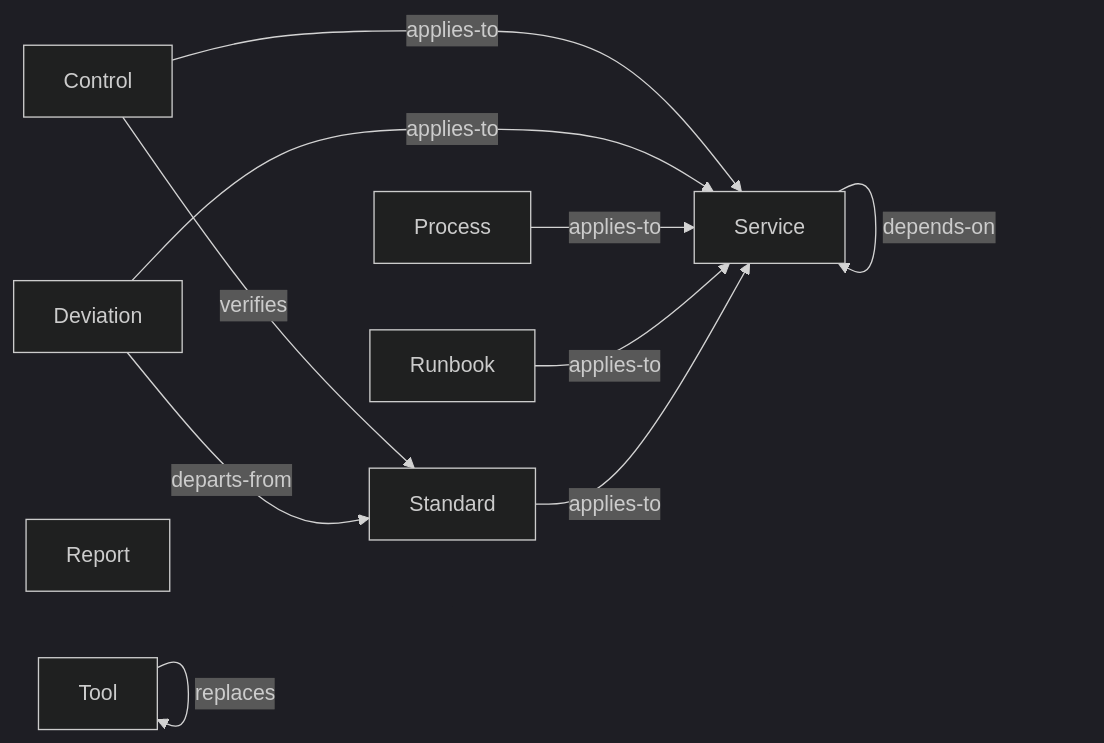
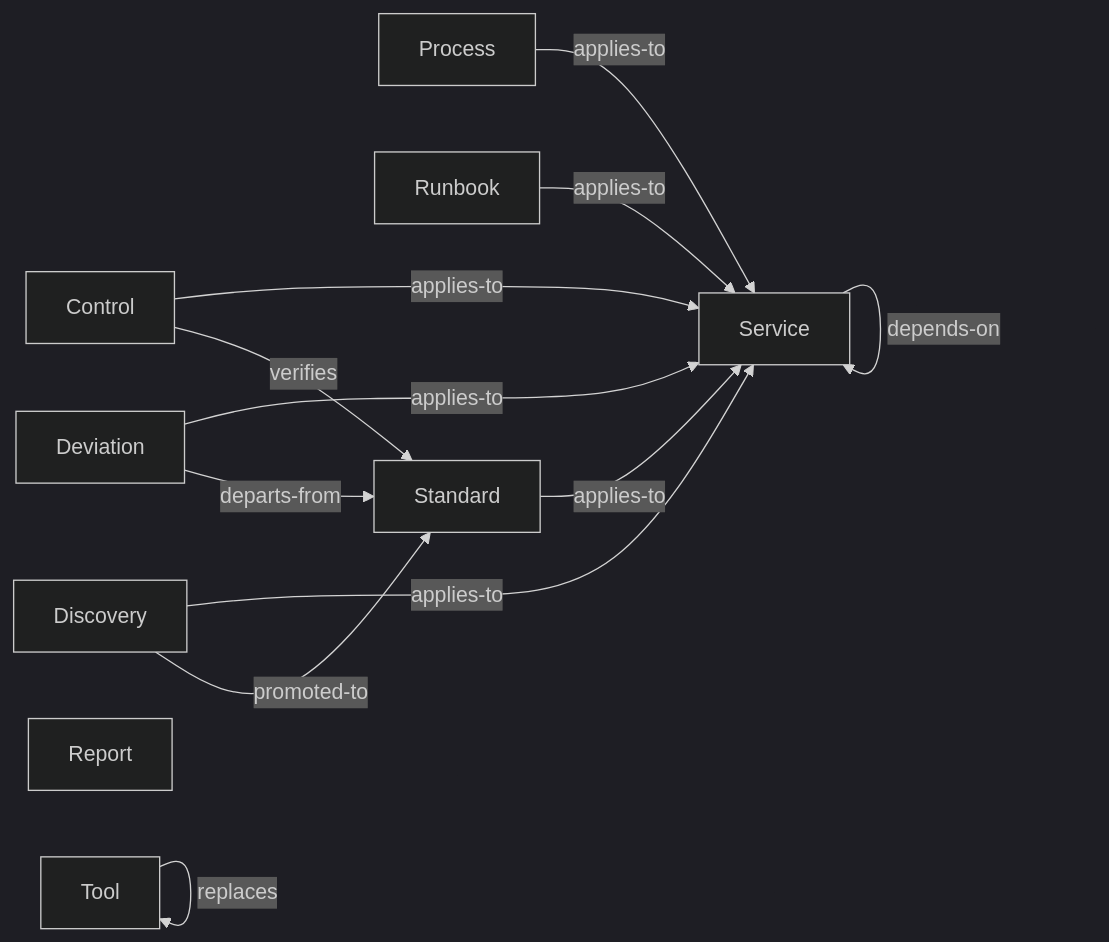
The diagram in examples/dog-fooding/knowledge-as-code/taxonomy.md (paul80nd/knowledge-as-code), drawn with Mermaid (dark theme) before and after one commit. The commit also changed other lines of this file and 14 other files, not shown here.

````diff
--- a/examples/dog-fooding/knowledge-as-code/taxonomy.md
+++ b/examples/dog-fooding/knowledge-as-code/taxonomy.md
@@ -93,20 +103,23 @@
 ```mermaid
 graph LR;
   t_controls[Control];
   t_deviations[Deviation];
+  t_discoveries[Discovery];
   t_processes[Process];
   t_reports[Report];
   t_runbooks[Runbook];
   t_services[Service];
   t_standards[Standard];
   t_tools[Tool];
   t_controls -- applies-to --> t_services;
   t_controls -- verifies --> t_standards;
   t_deviations -- applies-to --> t_services;
   t_deviations -- departs-from --> t_standards;
+  t_discoveries -- applies-to --> t_services;
+  t_discoveries -- promoted-to --> t_standards;
   t_processes -- applies-to --> t_services;
   t_runbooks -- applies-to --> t_services;
   t_services -- depends-on --> t_services;
   t_standards -- applies-to --> t_services;
   t_tools -- replaces --> t_tools;
 ```
````
